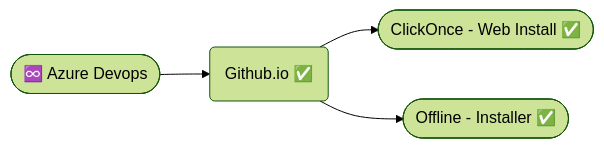
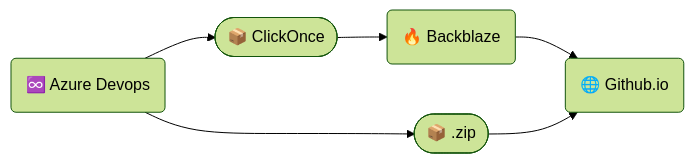
The second of 2 diagrams in README.md (ardhagp/ingrid), drawn with Mermaid (forest theme) before and after one commit. The commit also changed other lines of this file, not shown here.

Commit message:
Update README with project details and instructions

````diff
--- a/README.md
+++ b/README.md
@@ -100,6 +100,5 @@
 ```mermaid
 flowchart LR
-id1([♾️ Azure Devops]) --> id20(📦 Github.io ✅)
-id20(Github.io ✅) --> id30([ClickOnce - Web Install ✅])
-id20(Github.io ✅) --> id31([Offline - Installer ✅])
+id1(♾️ Azure Devops) --> id30([📦 ClickOnce]) --> id19(🔥 Backblaze) --> id20([🌐 Github.io])
+id1(♾️ Azure Devops) --> id31([📦 .zip]) --> id20(🌐 Github.io) 
 ```
````
